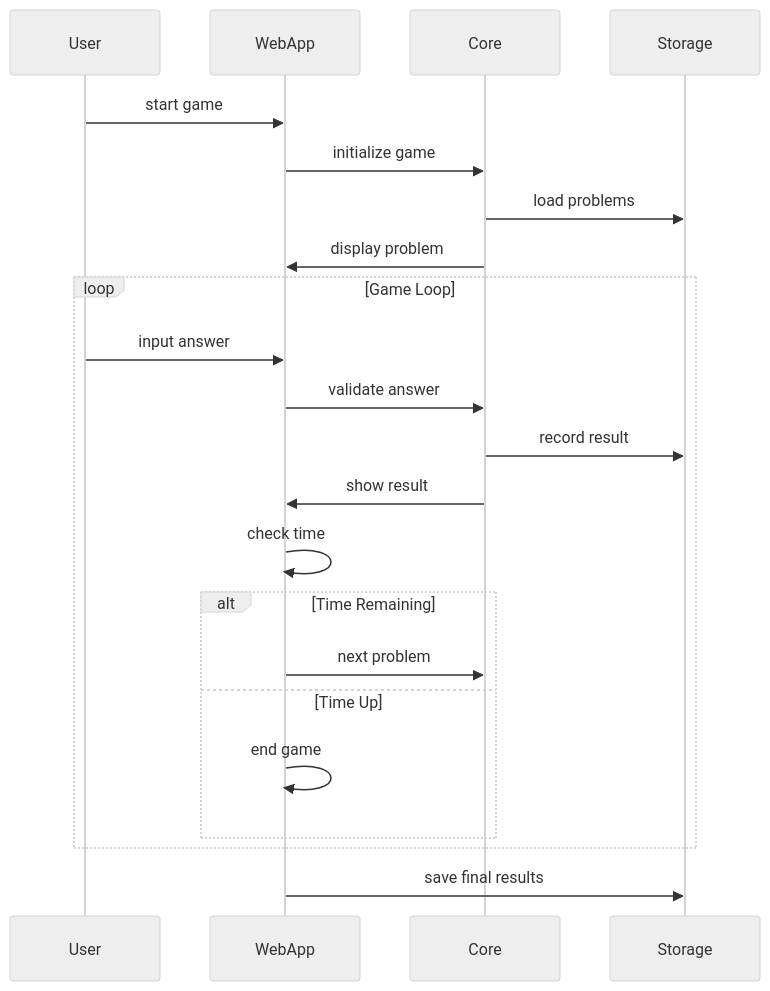
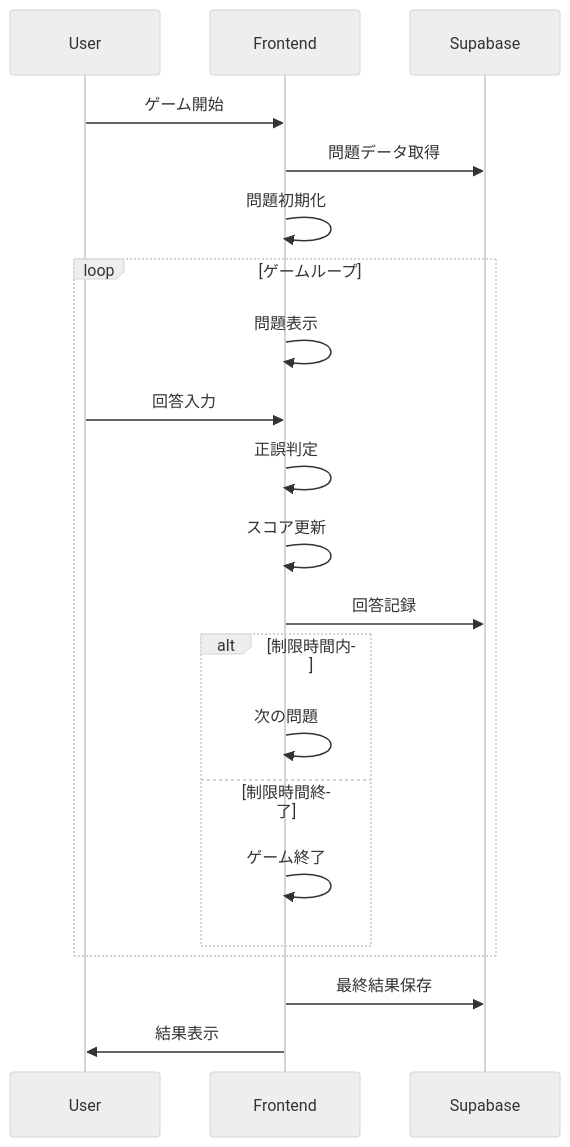
One commit to 15eb1137/rainbow changed the second of 2 diagrams in docs/mvp_dd.md. Above: the diagram before and after it, drawn with Mermaid (neutral theme). The commit also changed other lines of this file, not shown here.

````diff
--- a/docs/mvp_dd.md
+++ b/docs/mvp_dd.md
@@ -66,25 +159,27 @@
 ```mermaid
 sequenceDiagram
     participant User
-    participant WebApp
-    participant Core
-    participant Storage
+    participant Frontend
+    participant Supabase
     
-    User->>WebApp: start game
-    WebApp->>Core: initialize game
-    Core->>Storage: load problems
-    Core->>WebApp: display problem
-    loop Game Loop
-        User->>WebApp: input answer
-        WebApp->>Core: validate answer
-        Core->>Storage: record result
-        Core->>WebApp: show result
-        WebApp->>WebApp: check time
-        alt Time Remaining
-            WebApp->>Core: next problem
-        else Time Up
-            WebApp->>WebApp: end game
+    User->>Frontend: ゲーム開始
+    Frontend->>Supabase: 問題データ取得
+    Frontend->>Frontend: 問題初期化
+    
+    loop ゲームループ
+        Frontend->>Frontend: 問題表示
+        User->>Frontend: 回答入力
+        Frontend->>Frontend: 正誤判定
+        Frontend->>Frontend: スコア更新
+        Frontend->>Supabase: 回答記録
+        
+        alt 制限時間内
+            Frontend->>Frontend: 次の問題
+        else 制限時間終了
+            Frontend->>Frontend: ゲーム終了
         end
     end
-    WebApp->>Storage: save final results
+    
+    Frontend->>Supabase: 最終結果保存
+    Frontend->>User: 結果表示
 ```
````
